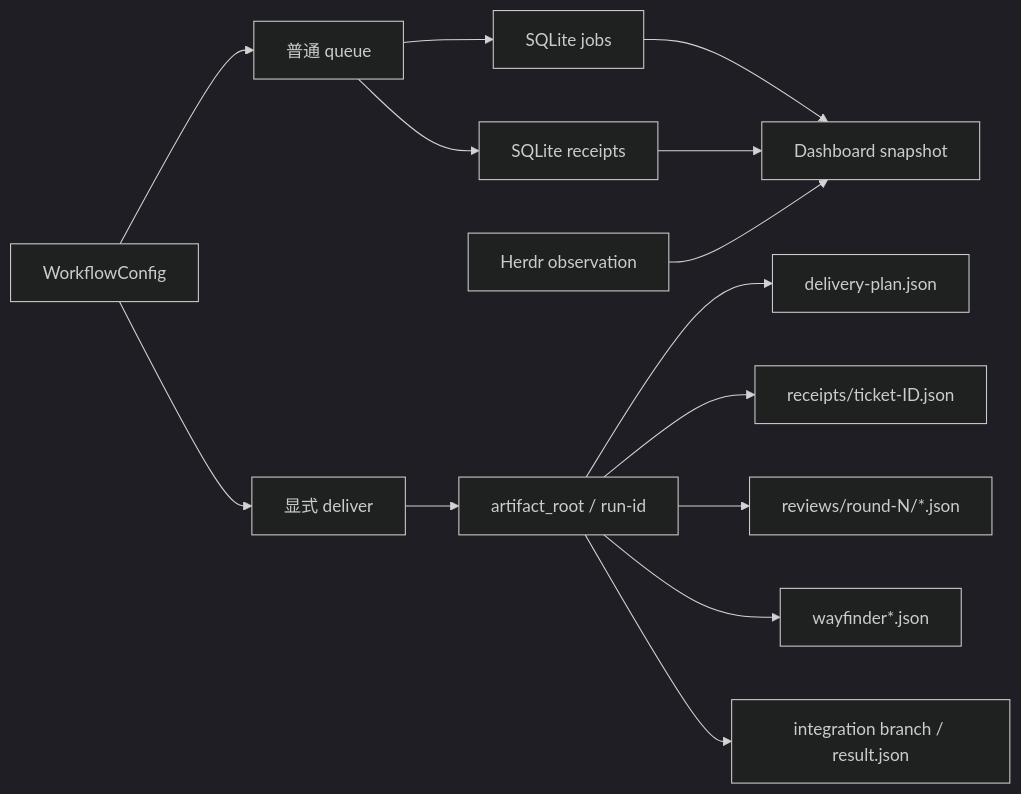
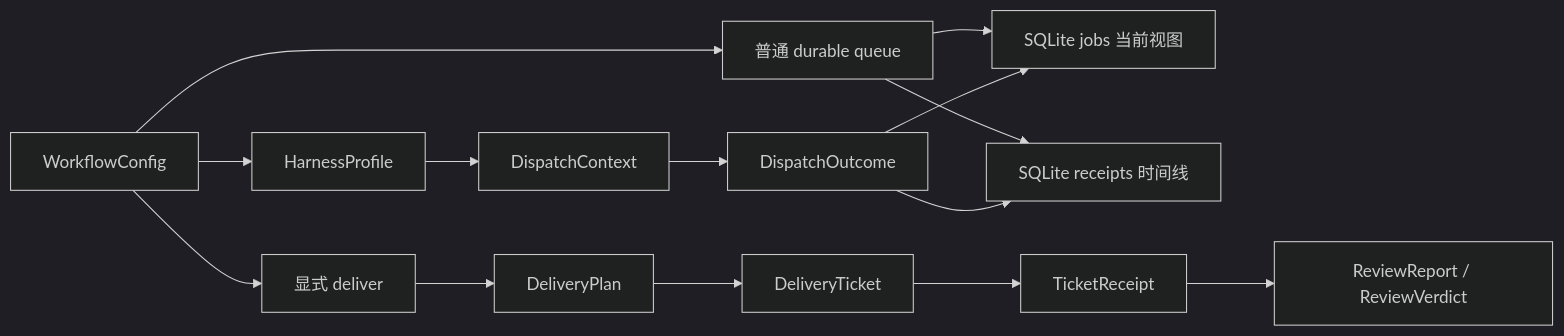
Before and after one commit to oldwinter/herdr-orchestrator: the second of 2 diagrams in droid-wiki/reference/data-models.md, drawn with Mermaid (dark theme). The commit also changed other lines of this file and 62 other files, not shown here.

````diff
--- a/droid-wiki/reference/data-models.md
+++ b/droid-wiki/reference/data-models.md
@@ -168,18 +134,17 @@
 ```mermaid
 flowchart LR
-    TOML["WorkflowConfig"]
-    TOML --> Q["普通 queue"]
-    Q --> J["SQLite jobs"]
-    Q --> R["SQLite receipts"]
-    J --> D["Dashboard snapshot"]
-    R --> D
-    H["Herdr observation"] --> D
+    Config["WorkflowConfig"] --> Queue["普通 durable queue"]
+    Config --> Catalog["HarnessProfile"]
+    Queue --> Jobs["SQLite jobs 当前视图"]
+    Queue --> Receipts["SQLite receipts 时间线"]
+    Catalog --> Dispatch["DispatchContext"]
+    Dispatch --> Outcome["DispatchOutcome"]
+    Outcome --> Jobs
+    Outcome --> Receipts
 
-    TOML --> SD["显式 deliver"]
-    SD --> A["artifact_root / run-id"]
-    A --> P["delivery-plan.json"]
-    A --> TR["receipts/ticket-ID.json"]
-    A --> RV["reviews/round-N/*.json"]
-    A --> WF["wayfinder*.json"]
-    A --> G["integration branch / result.json"]
+    Config --> Deliver["显式 deliver"]
+    Deliver --> Plan["DeliveryPlan"]
+    Plan --> Ticket["DeliveryTicket"]
+    Ticket --> TicketReceipt["TicketReceipt"]
+    TicketReceipt --> Review["ReviewReport / ReviewVerdict"]
 ```
````
